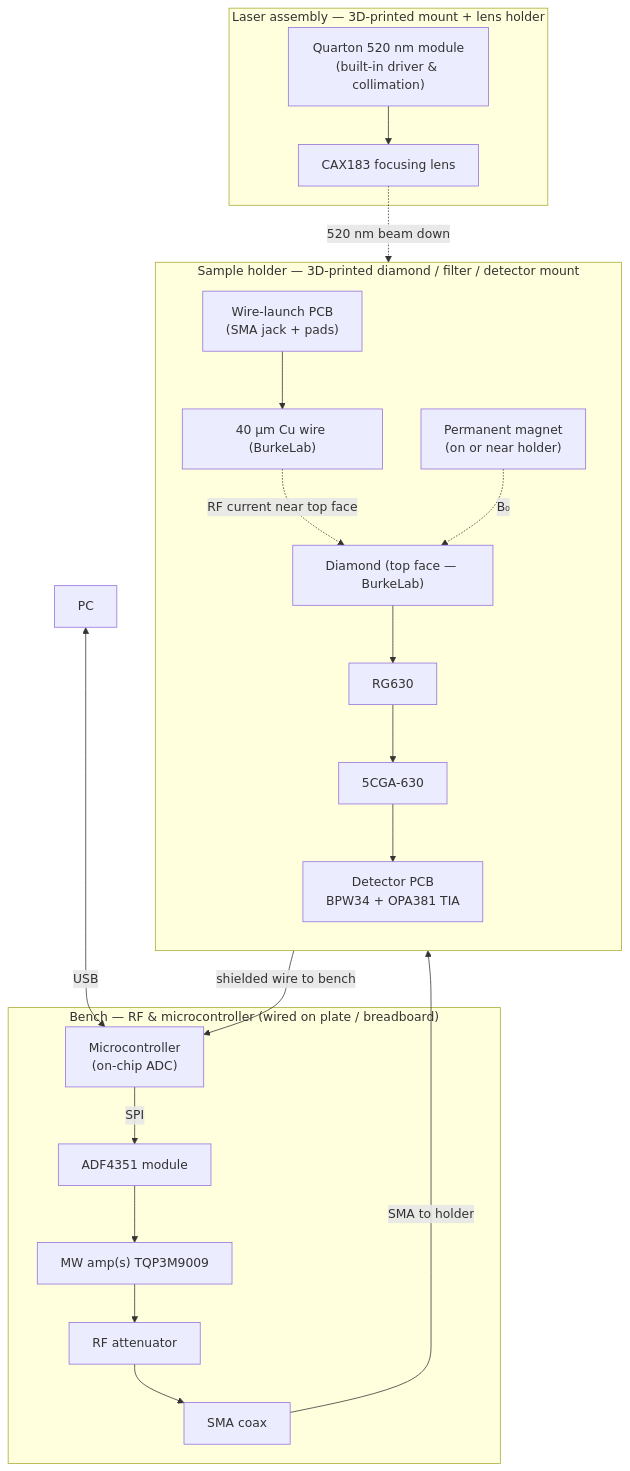
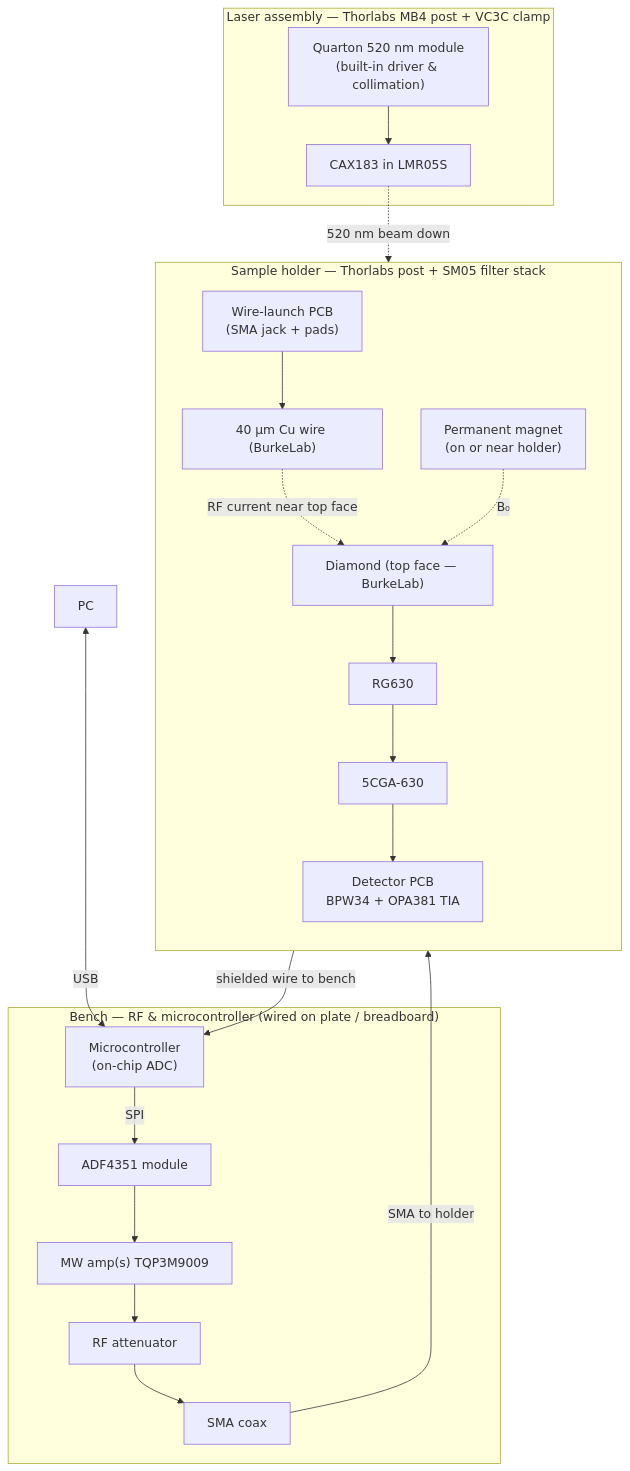
One commit to apoolla114/easy_qubit changed the second of 2 diagrams in misc/diagrams/parts_diagram.md. Above: the diagram before and after it, drawn with Mermaid. The commit also changed other lines of this file and 2 other files, not shown here.

````diff
--- a/misc/diagrams/parts_diagram.md
+++ b/misc/diagrams/parts_diagram.md
@@ -92,40 +94,40 @@
 ```mermaid
 flowchart TB
     PC["PC"]
 
     subgraph BENCH ["Bench — RF & microcontroller (wired on plate / breadboard)"]
         CTL["Microcontroller\n(on-chip ADC)"]
         SYN["ADF4351 module"]
         AMP["MW amp(s) TQP3M9009"]
         ATT["RF attenuator"]
         COAX["SMA coax"]
         CTL -->|SPI| SYN
         SYN --> AMP --> ATT --> COAX
     end
 
-    subgraph LASERASM ["Laser assembly — 3D-printed mount + lens holder"]
+    subgraph LASERASM ["Laser assembly — Thorlabs MB4 post + VC3C clamp"]
         LASER["Quarton 520 nm module\n(built-in driver & collimation)"]
-        L2["CAX183 focusing lens"]
+        L2["CAX183 in LMR05S"]
         LASER --> L2
     end
 
-    subgraph HOLDER ["Sample holder — 3D-printed diamond / filter / detector mount"]
+    subgraph HOLDER ["Sample holder — Thorlabs post + SM05 filter stack"]
         direction TB
         DIA["Diamond (top face — BurkeLab)"]
         LP1["RG630"]
         LP2["5CGA-630"]
         DETPCB["Detector PCB\nBPW34 + OPA381 TIA"]
         WPCB["Wire-launch PCB\n(SMA jack + pads)"]
         WIRE["40 µm Cu wire (BurkeLab)"]
         MAG["Permanent magnet\n(on or near holder)"]
         DIA --> LP1 --> LP2 --> DETPCB
         WPCB --> WIRE
     end
 
     PC <-->|USB| CTL
     COAX -->|SMA to holder| WPCB
     WIRE -.->|RF current near top face| DIA
     L2 -.->|520 nm beam down| DIA
     MAG -.->|B₀| DIA
     DETPCB -->|shielded wire to bench| CTL
 ```
````
